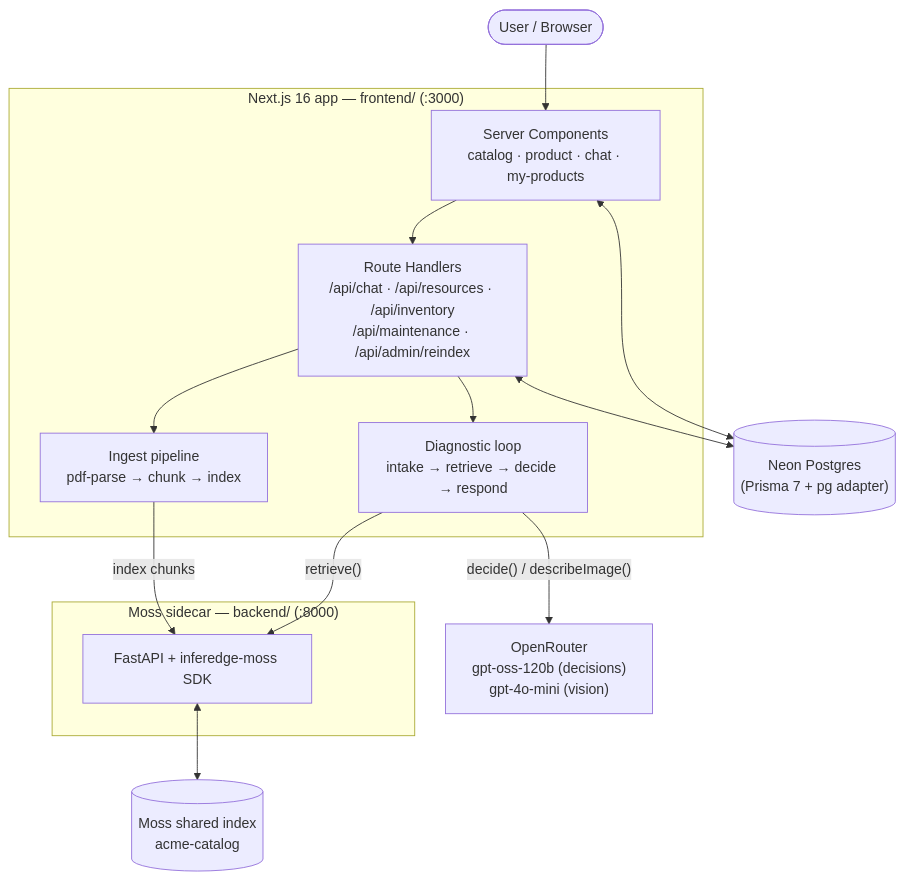
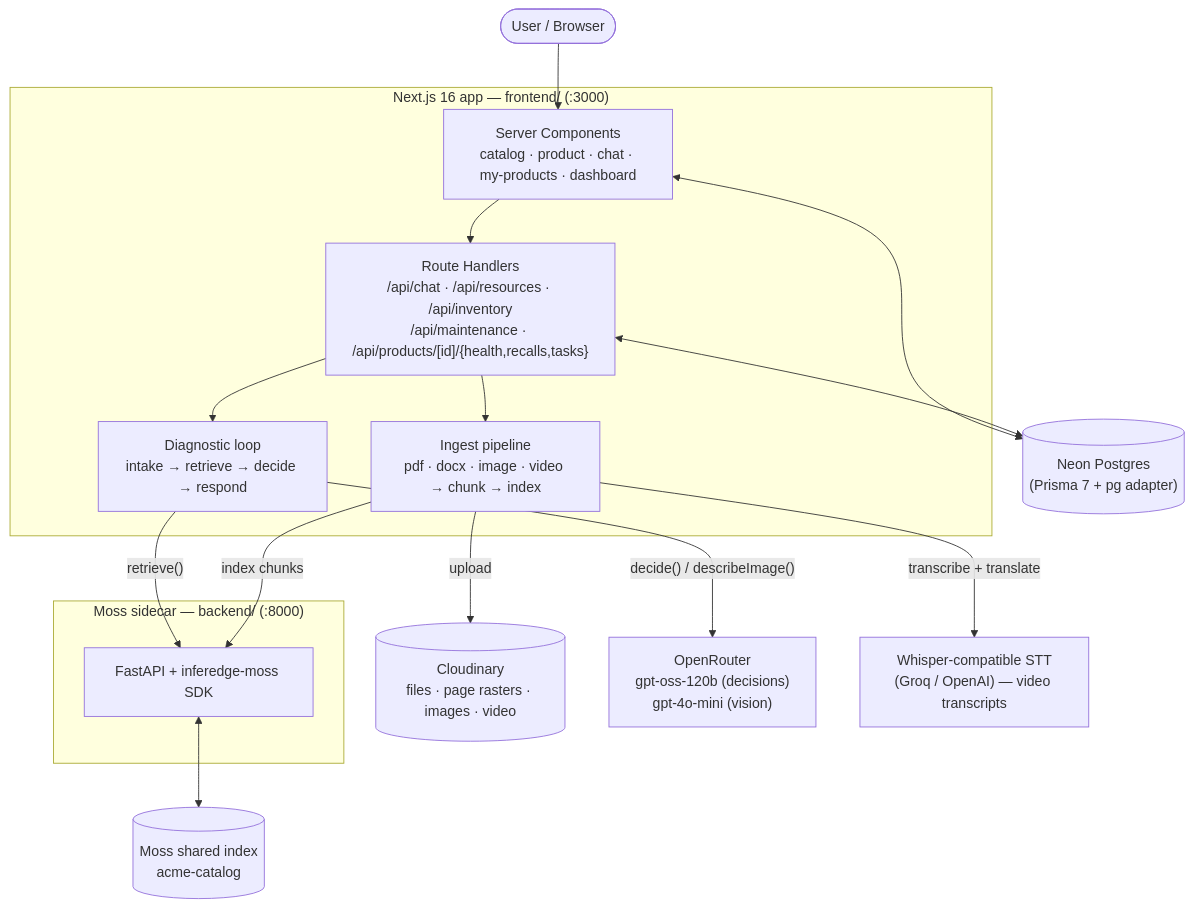
Before and after one commit to ishpreet-02/InferDoc: the diagram in README.md, drawn with Mermaid. The commit also changed other lines of this file and 12 other files, not shown here.

````diff
--- a/README.md
+++ b/README.md
@@ -41,30 +83,34 @@
 ```mermaid
 flowchart TD
     User([User / Browser])
 
     subgraph Next["Next.js 16 app — frontend/ (:3000)"]
-        Pages["Server Components<br/>catalog · product · chat · my-products"]
-        API["Route Handlers<br/>/api/chat · /api/resources · /api/inventory<br/>/api/maintenance · /api/admin/reindex"]
+        Pages["Server Components<br/>catalog · product · chat · my-products · dashboard"]
+        API["Route Handlers<br/>/api/chat · /api/resources · /api/inventory<br/>/api/maintenance · /api/products/[id]/{health,recalls,tasks}"]
         Agent["Diagnostic loop<br/>intake → retrieve → decide → respond"]
-        Ingest["Ingest pipeline<br/>pdf-parse → chunk → index"]
+        Ingest["Ingest pipeline<br/>pdf · docx · image · video → chunk → index"]
     end
 
     subgraph Side["Moss sidecar — backend/ (:8000)"]
         Moss["FastAPI + inferedge-moss SDK"]
     end
 
     DB[("Neon Postgres<br/>(Prisma 7 + pg adapter)")]
+    Cloud[("Cloudinary<br/>files · page rasters · images · video")]
     OR["OpenRouter<br/>gpt-oss-120b (decisions)<br/>gpt-4o-mini (vision)"]
+    STT["Whisper-compatible STT<br/>(Groq / OpenAI) — video transcripts"]
     MossCloud[("Moss shared index<br/>acme-catalog")]
 
     User --> Pages
     Pages --> API
     API --> Agent
     API --> Ingest
     Pages <--> DB
     API <--> DB
+    Ingest -->|"upload"| Cloud
+    Ingest -->|"transcribe + translate"| STT
     Agent -->|"retrieve()"| Moss
     Agent -->|"decide() / describeImage()"| OR
     Ingest -->|"index chunks"| Moss
     Moss <--> MossCloud
 ```
````
